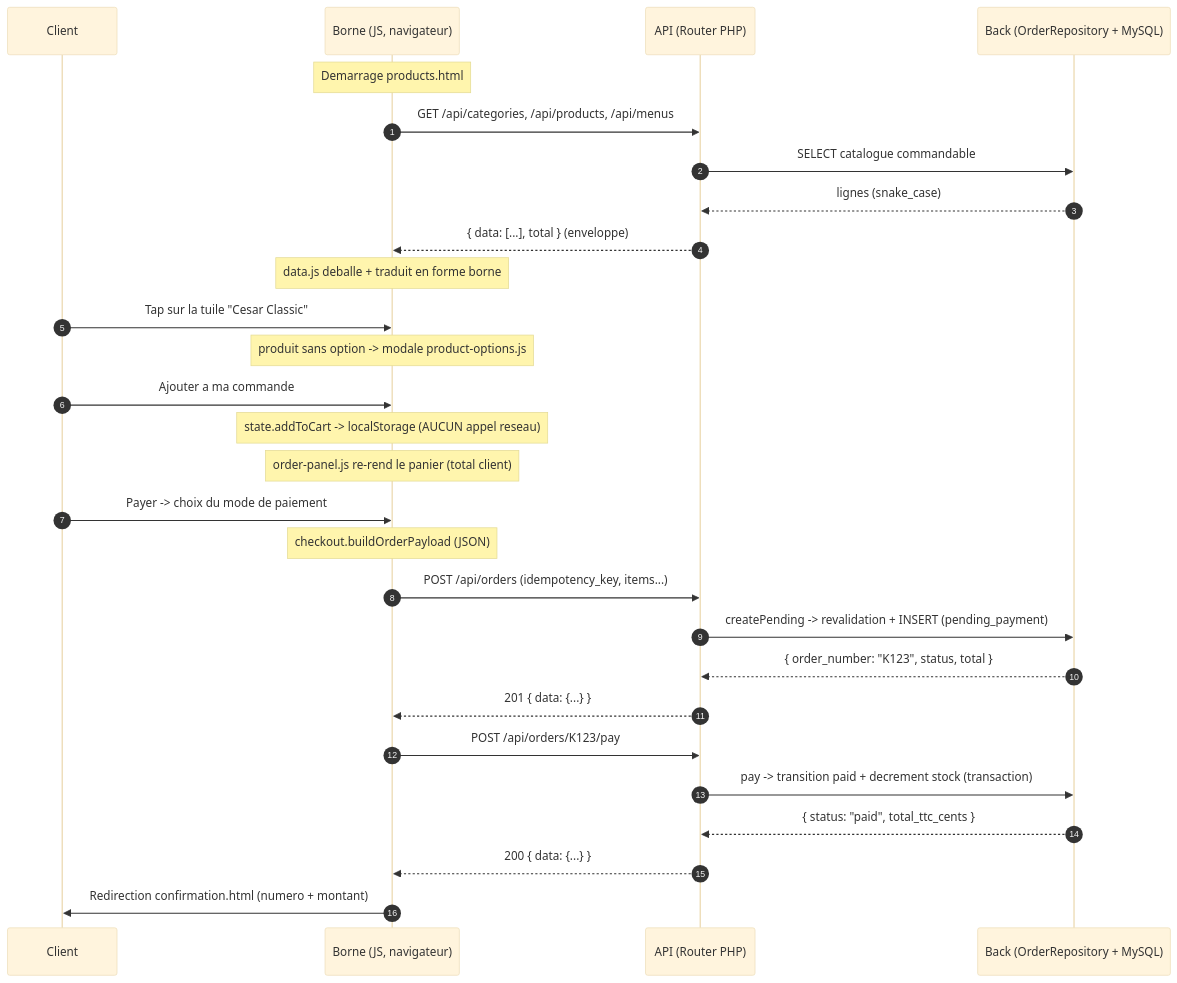
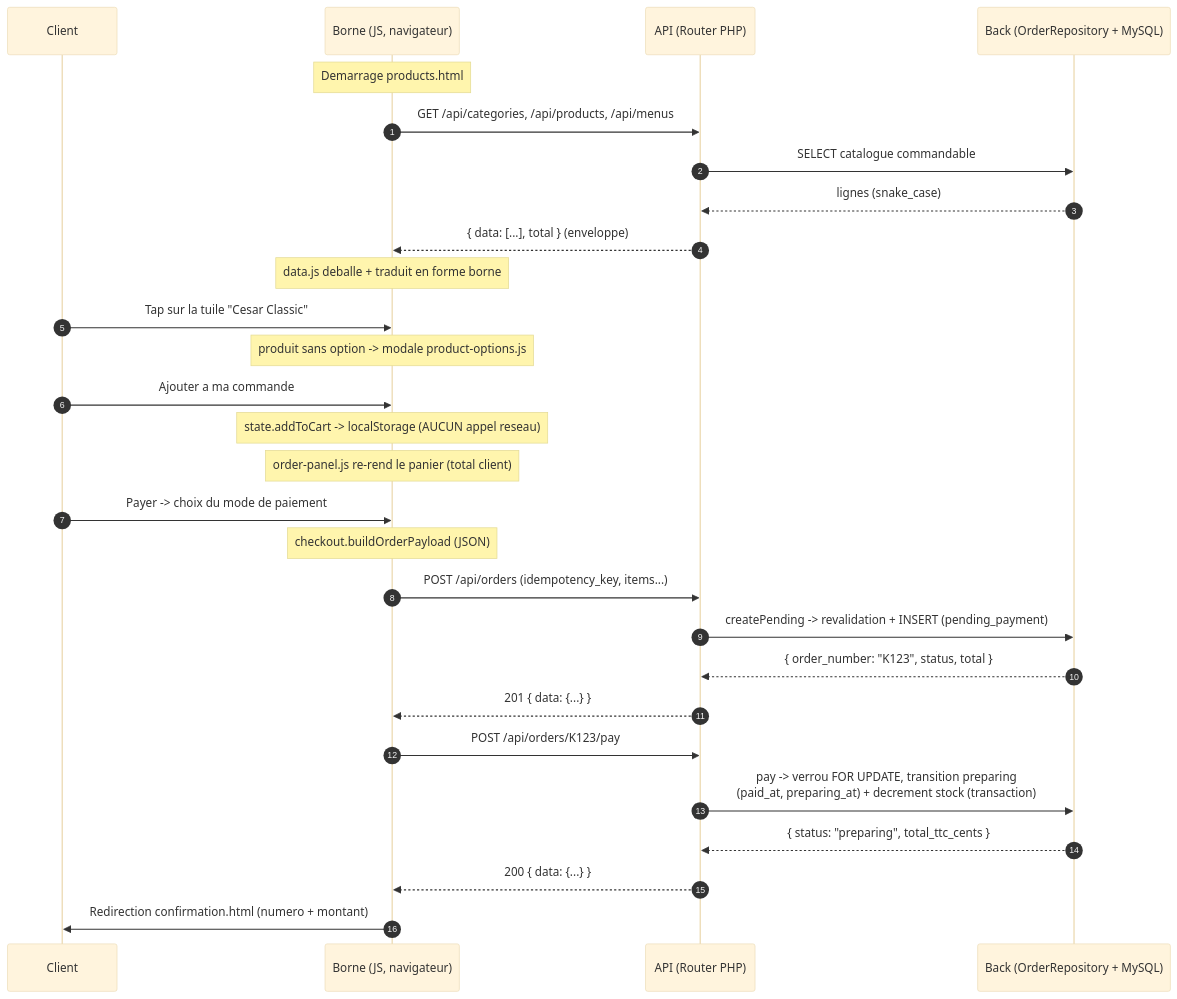
One commit to AcadeNice/wakdo_corentin changed the diagram in docs/architecture/flux-borne-selection-vers-commande.md. Above: the diagram before and after it, drawn with Mermaid (base theme). The commit also changed other lines of this file and 30 other files, not shown here.

````diff
--- a/docs/architecture/flux-borne-selection-vers-commande.md
+++ b/docs/architecture/flux-borne-selection-vers-commande.md
@@ -24,36 +25,36 @@
 ```mermaid
 sequenceDiagram
     autonumber
     participant C as Client
     participant B as Borne (JS, navigateur)
     participant A as API (Router PHP)
     participant DB as Back (OrderRepository + MySQL)
 
     Note over B: Demarrage products.html
     B->>A: GET /api/categories, /api/products, /api/menus
     A->>DB: SELECT catalogue commandable
     DB-->>A: lignes (snake_case)
     A-->>B: { data: [...], total } (enveloppe)
     Note over B: data.js deballe + traduit en forme borne
 
     C->>B: Tap sur la tuile "Cesar Classic"
     Note over B: produit sans option -> modale product-options.js
     C->>B: Ajouter a ma commande
     Note over B,B: state.addToCart -> localStorage (AUCUN appel reseau)
     Note over B: order-panel.js re-rend le panier (total client)
 
     C->>B: Payer -> choix du mode de paiement
     Note over B: checkout.buildOrderPayload (JSON)
 
     B->>A: POST /api/orders (idempotency_key, items...)
     A->>DB: createPending -> revalidation + INSERT (pending_payment)
     DB-->>A: { order_number: "K123", status, total }
     A-->>B: 201 { data: {...} }
 
     B->>A: POST /api/orders/K123/pay
-    A->>DB: pay -> transition paid + decrement stock (transaction)
-    DB-->>A: { status: "paid", total_ttc_cents }
+    A->>DB: pay -> verrou FOR UPDATE, transition preparing<br/>(paid_at, preparing_at) + decrement stock (transaction)
+    DB-->>A: { status: "preparing", total_ttc_cents }
     A-->>B: 200 { data: {...} }
 
     B->>C: Redirection confirmation.html (numero + montant)
 ```
````
